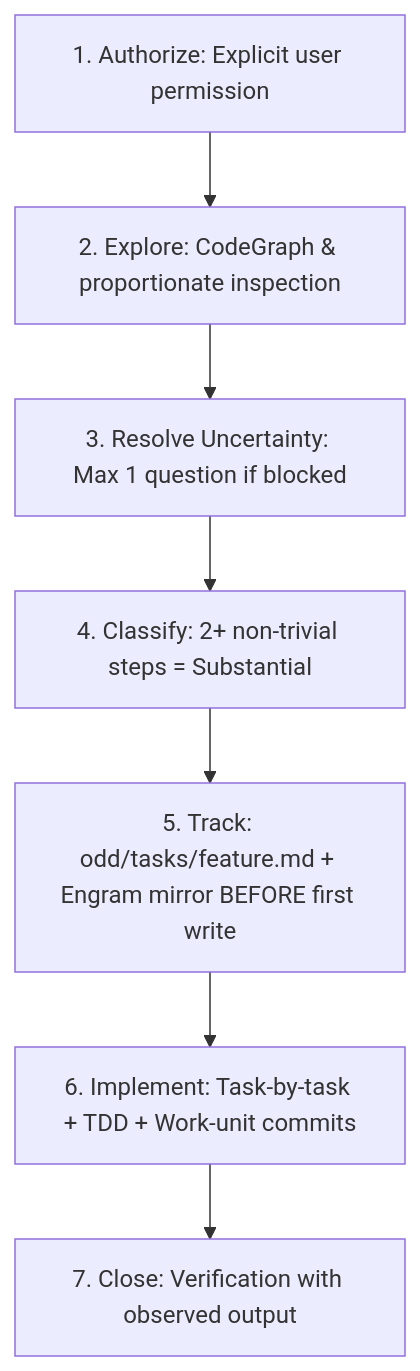
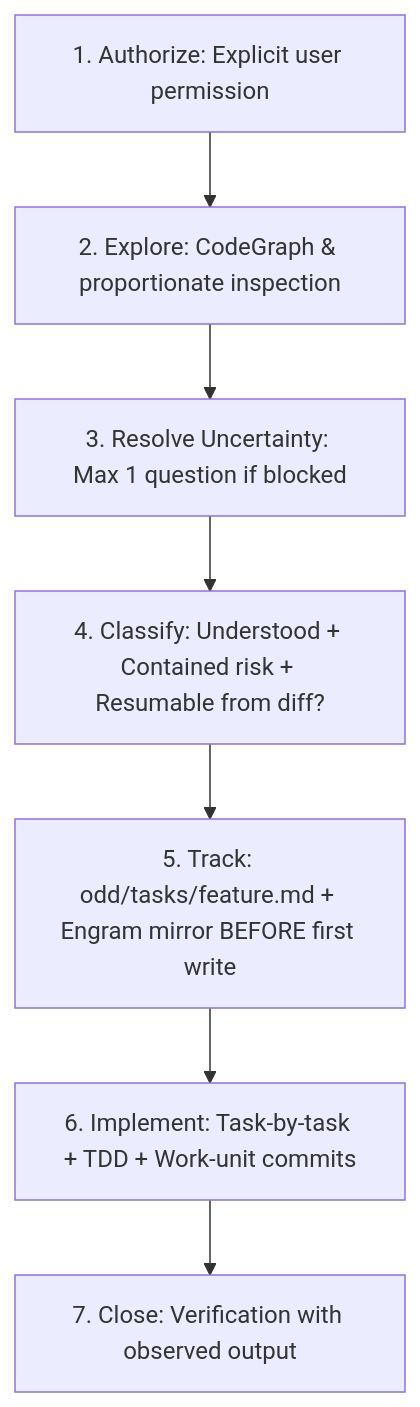
Before and after one commit to NastaFour/skillsGV: the diagram in 00-meta-skills/odd-workflow/SKILL.md, drawn with Mermaid. The commit also changed other lines of this file and 63 other files, not shown here.

````diff
--- a/00-meta-skills/odd-workflow/SKILL.md
+++ b/00-meta-skills/odd-workflow/SKILL.md
@@ -32,9 +32,9 @@
 ```mermaid
 flowchart TD
   A[1. Authorize: Explicit user permission] --> B[2. Explore: CodeGraph & proportionate inspection]
   B --> C[3. Resolve Uncertainty: Max 1 question if blocked]
-  C --> D[4. Classify: 2+ non-trivial steps = Substantial]
+  C --> D[4. Classify: Understood + Contained risk + Resumable from diff?]
   D --> E[5. Track: odd/tasks/feature.md + Engram mirror BEFORE first write]
   E --> F[6. Implement: Task-by-task + TDD + Work-unit commits]
   F --> G[7. Close: Verification with observed output]
 ```
````
